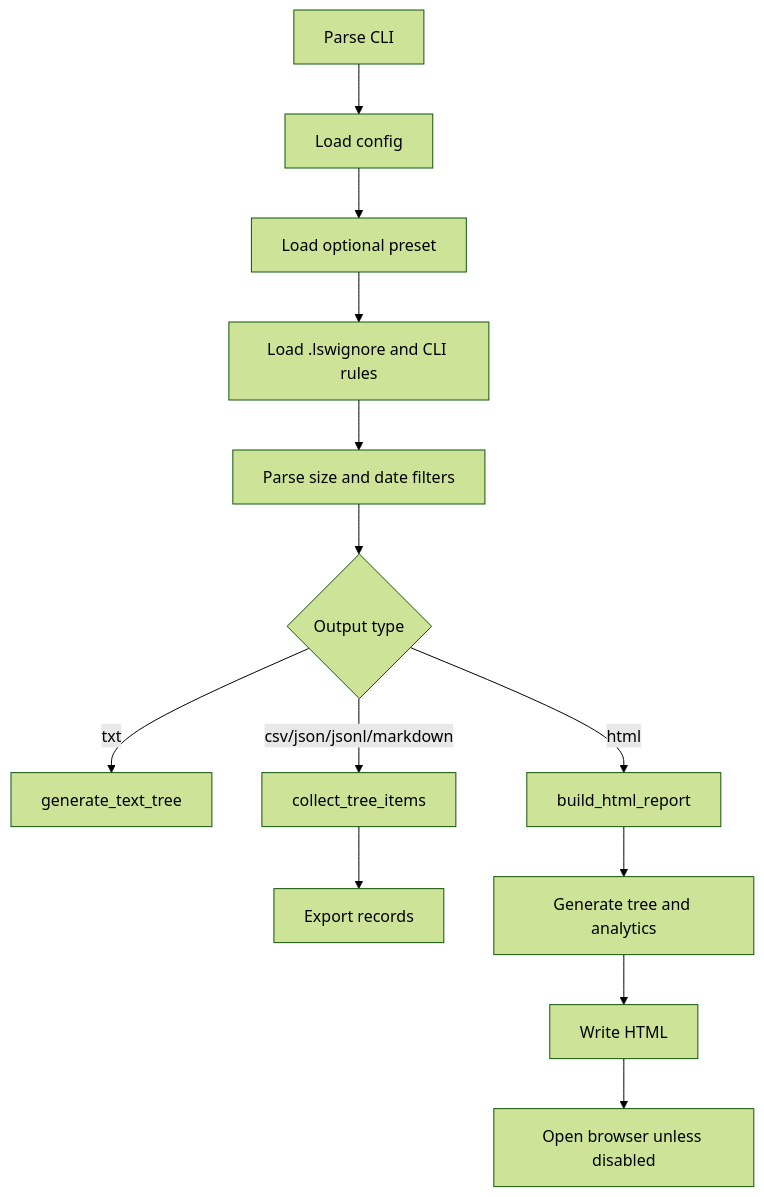
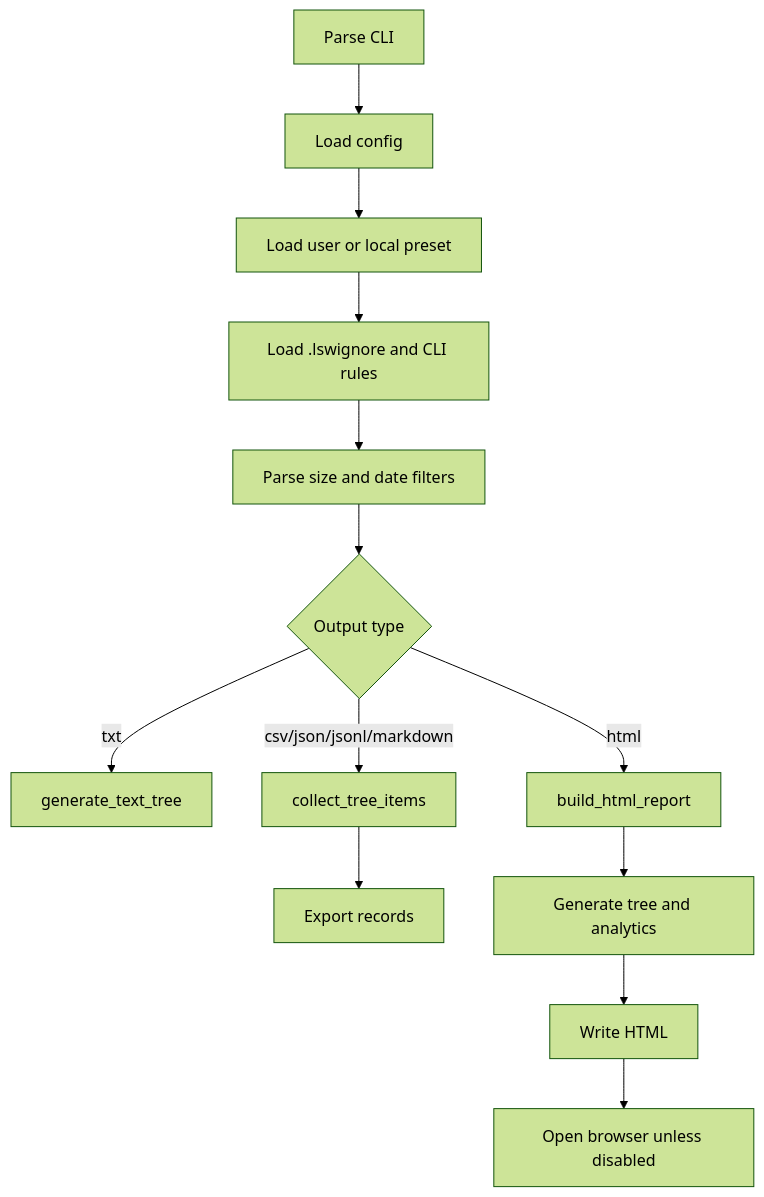
Before and after one commit to FinickySpider/lsw-directory-walker: the diagram in docs/developer-reference.md, drawn with Mermaid (forest theme). The commit also changed 8 other files, not shown here.

Commit message:
docs(lsw): add Installation page, advertise PyPI package & bundled GUI; clarify configs, presets, CLI, and developer flow; minor runtime message tweaks; refresh retype manifest

````diff
--- a/docs/developer-reference.md
+++ b/docs/developer-reference.md
@@ -24,15 +24,15 @@
 ```mermaid
 flowchart TD
     A[Parse CLI] --> B[Load config]
-    B --> C[Load optional preset]
+    B --> C[Load user or local preset]
     C --> D[Load .lswignore and CLI rules]
     D --> E[Parse size and date filters]
     E --> F{Output type}
     F -->|txt| G[generate_text_tree]
     F -->|csv/json/jsonl/markdown| H[collect_tree_items]
     H --> I[Export records]
     F -->|html| J[build_html_report]
     J --> K[Generate tree and analytics]
     K --> L[Write HTML]
     L --> M[Open browser unless disabled]
 ```
````
